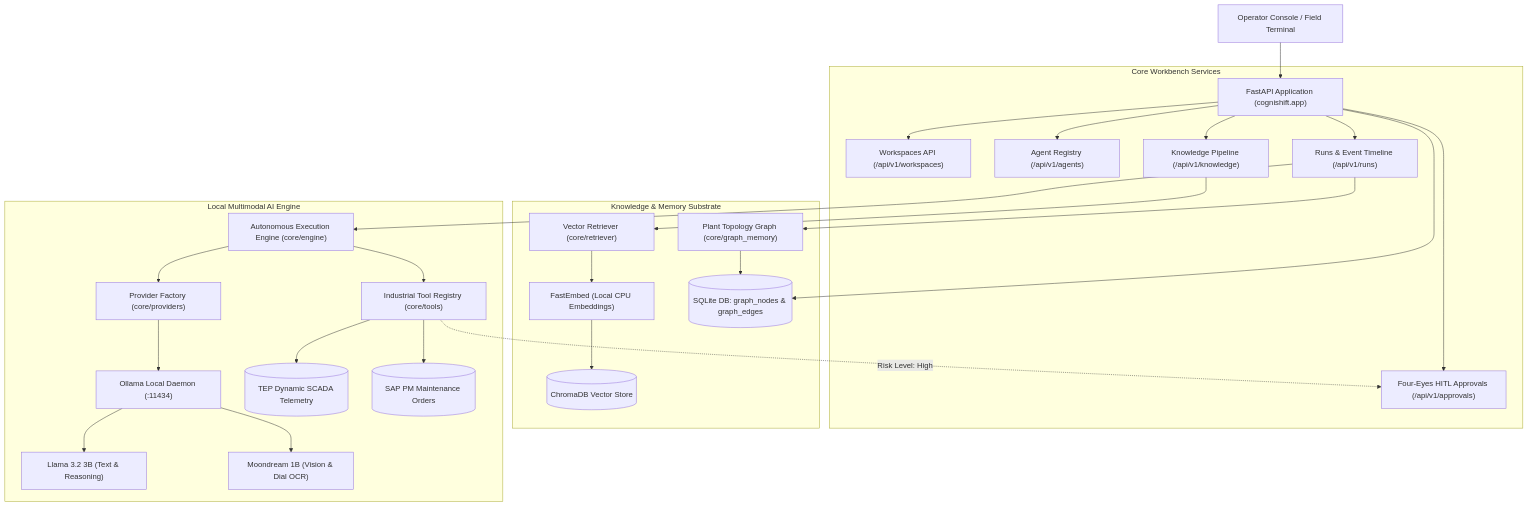
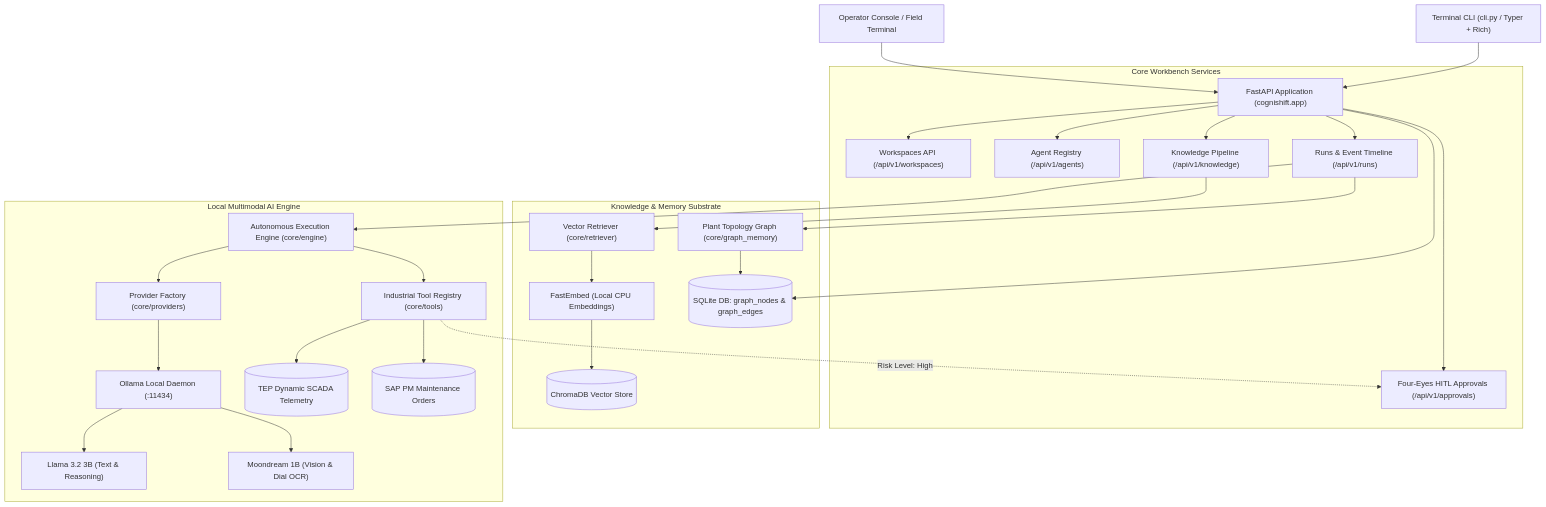
One commit to ard12/CogniShift changed the diagram in README.md. Above: the diagram before and after it, drawn with Mermaid. The commit also changed other lines of this file and 6 other files, not shown here.

````diff
--- a/README.md
+++ b/README.md
@@ -36,33 +36,34 @@
 ```mermaid
 graph TD
     UI["Operator Console / Field Terminal"] --> API["FastAPI Application (cognishift.app)"]
+    CLI["Terminal CLI (cli.py / Typer + Rich)"] --> API
 
     subgraph "Core Workbench Services"
         API --> WORKSPACES["Workspaces API (/api/v1/workspaces)"]
         API --> AGENTS["Agent Registry (/api/v1/agents)"]
         API --> KNOWLEDGE["Knowledge Pipeline (/api/v1/knowledge)"]
         API --> APPROVALS["Four-Eyes HITL Approvals (/api/v1/approvals)"]
         API --> RUNS["Runs & Event Timeline (/api/v1/runs)"]
     end
 
     subgraph "Knowledge & Memory Substrate"
         KNOWLEDGE --> RAG["Vector Retriever (core/retriever)"]
         RAG --> FASTEMBED["FastEmbed (Local CPU Embeddings)"]
         FASTEMBED --> CHROMA[("ChromaDB Vector Store")]
         RUNS --> GRAPH["Plant Topology Graph (core/graph_memory)"]
         GRAPH --> SQLITE[("SQLite DB: graph_nodes & graph_edges")]
         API --> SQLITE
     end
 
     subgraph "Local Multimodal AI Engine"
         RUNS --> ENGINE["Autonomous Execution Engine (core/engine)"]
         ENGINE --> PROVIDERS["Provider Factory (core/providers)"]
         PROVIDERS --> OLLAMA["Ollama Local Daemon (:11434)"]
         OLLAMA --> LLAMA["Llama 3.2 3B (Text & Reasoning)"]
         OLLAMA --> MOONDREAM["Moondream 1B (Vision & Dial OCR)"]
         ENGINE --> TOOLS["Industrial Tool Registry (core/tools)"]
         TOOLS --> TEP[("TEP Dynamic SCADA Telemetry")]
         TOOLS --> SAP[("SAP PM Maintenance Orders")]
         TOOLS -.->|"Risk Level: High"| APPROVALS
     end
 ```
````
